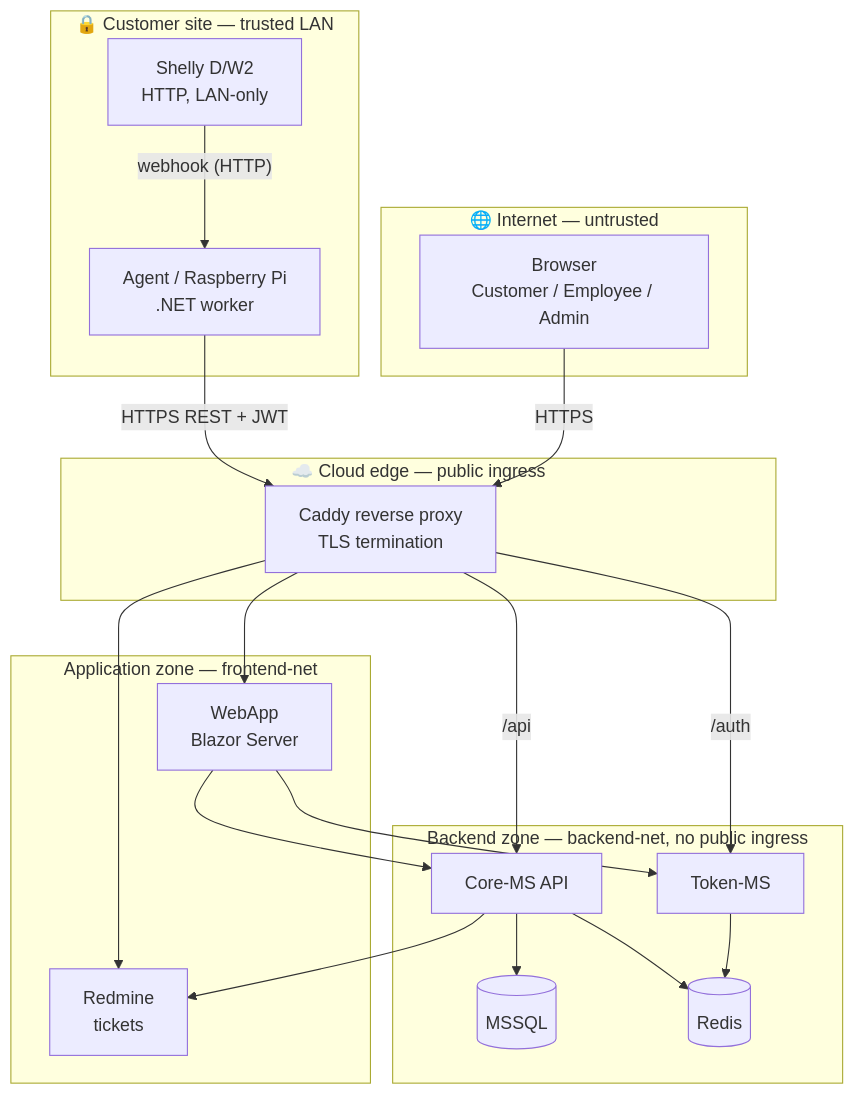
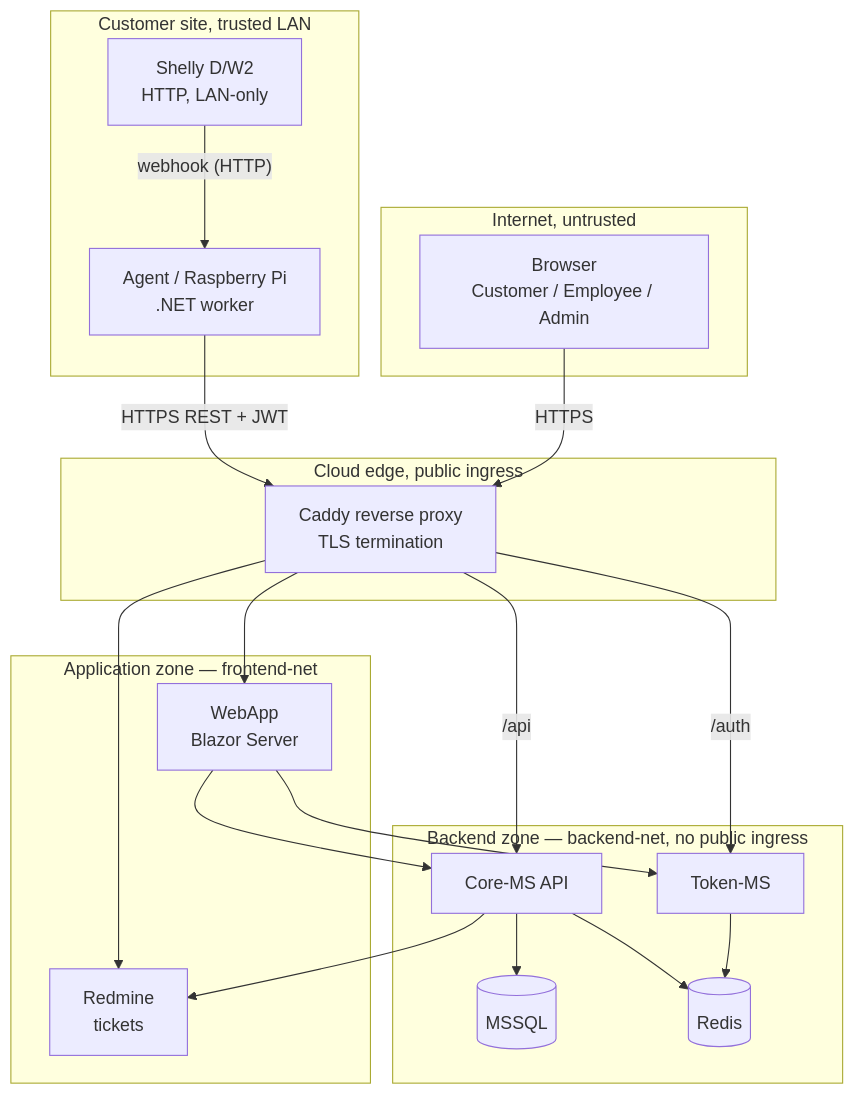
Before and after one commit to vl43den/shellyspotter: the diagram in docs/threat-model.md, drawn with Mermaid. The commit also changed other lines of this file, not shown here.

Commit message:
update: revise threat model document for clarity and consistency
Updated language for clarity and consistency in the threat model document. Adjusted subgraph labels to remove emojis and improve readability.

````diff
--- a/docs/threat-model.md
+++ b/docs/threat-model.md
@@ -40,41 +40,41 @@
 ```mermaid
 flowchart TB
-    subgraph CUST["🔒 Customer site — trusted LAN"]
+    subgraph CUST[" Customer site, trusted LAN"]
         SHELLY["Shelly D/W2<br/>HTTP, LAN-only"]
         AGENT["Agent / Raspberry Pi<br/>.NET worker"]
     end
 
-    subgraph INET["🌐 Internet — untrusted"]
+    subgraph INET[" Internet, untrusted"]
         USER["Browser<br/>Customer / Employee / Admin"]
     end
 
-    subgraph EDGE["☁️ Cloud edge — public ingress"]
+    subgraph EDGE[" Cloud edge, public ingress"]
         CADDY["Caddy reverse proxy<br/>TLS termination"]
     end
 
     subgraph APP["Application zone — frontend-net"]
         WEB["WebApp<br/>Blazor Server"]
         REDM["Redmine<br/>tickets"]
     end
 
     subgraph BACK["Backend zone — backend-net, no public ingress"]
         CORE["Core-MS API"]
         TOK["Token-MS"]
         DB[("MSSQL")]
         REDIS[("Redis")]
     end
 
     SHELLY -->|"webhook (HTTP)"| AGENT
     AGENT -->|"HTTPS REST + JWT"| CADDY
     USER -->|HTTPS| CADDY
     CADDY --> WEB
     CADDY -->|"/api"| CORE
     CADDY -->|"/auth"| TOK
     CADDY --> REDM
     WEB --> CORE
     WEB --> TOK
     CORE --> DB
     CORE --> REDIS
     CORE --> REDM
     TOK --> REDIS
 ```
````
